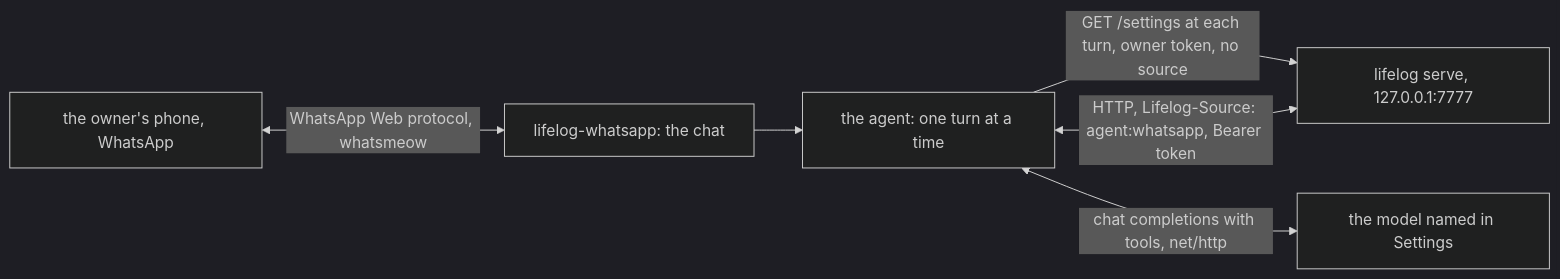
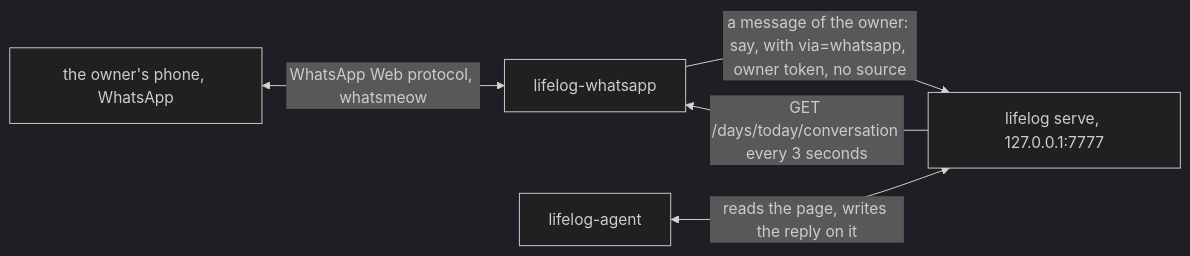
Before and after one commit to alexradunet/aminte: the diagram in extensions/whatsapp/README.md, drawn with Mermaid (dark theme). The commit also changed other lines of this file and 40 other files, not shown here.

First line of the commit message:
plan 162, part B and part G1 (CI): the agent is an extension of its own, lifelog-agent

````diff
--- a/extensions/whatsapp/README.md
+++ b/extensions/whatsapp/README.md
@@ -11,8 +12,7 @@
 ```mermaid
 flowchart LR
-  P["the owner's phone, WhatsApp"] <-->|"WhatsApp Web protocol, whatsmeow"| W["lifelog-whatsapp: the chat"]
-  W --> A["the agent: one turn at a time"]
-  A -->|"GET /settings at each turn, owner token, no source"| L
-  A <-->|"chat completions with tools, net/http"| M["the model named in Settings"]
-  A <-->|"HTTP, Lifelog-Source: agent:whatsapp, Bearer token"| L["lifelog serve, 127.0.0.1:7777"]
+  P["the owner's phone, WhatsApp"] <-->|"WhatsApp Web protocol, whatsmeow"| W["lifelog-whatsapp"]
+  W -->|"a message of the owner: say, with via=whatsapp, owner token, no source"| L["lifelog serve, 127.0.0.1:7777"]
+  L -->|"GET /days/today/conversation every 3 seconds"| W
+  A["lifelog-agent"] <-->|"reads the page, writes the reply on it"| L
 ```
````
